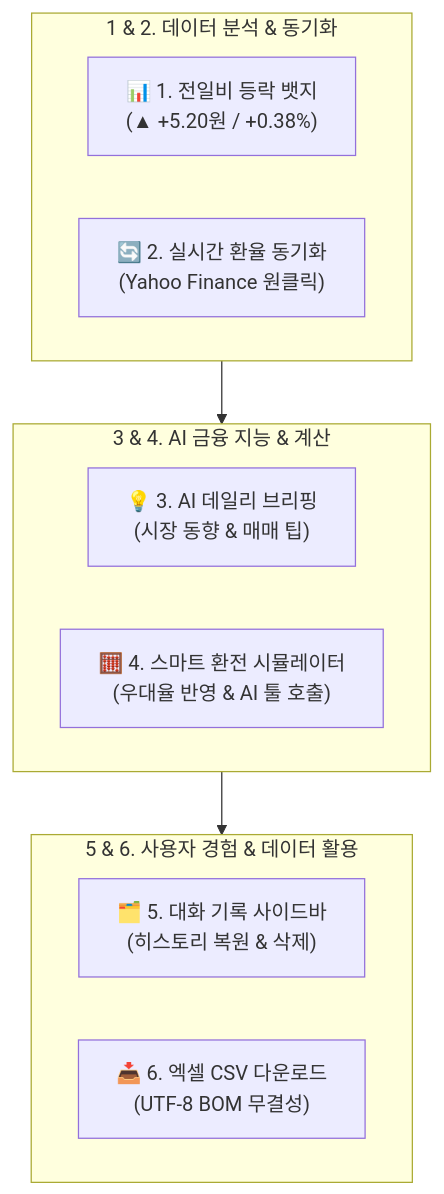
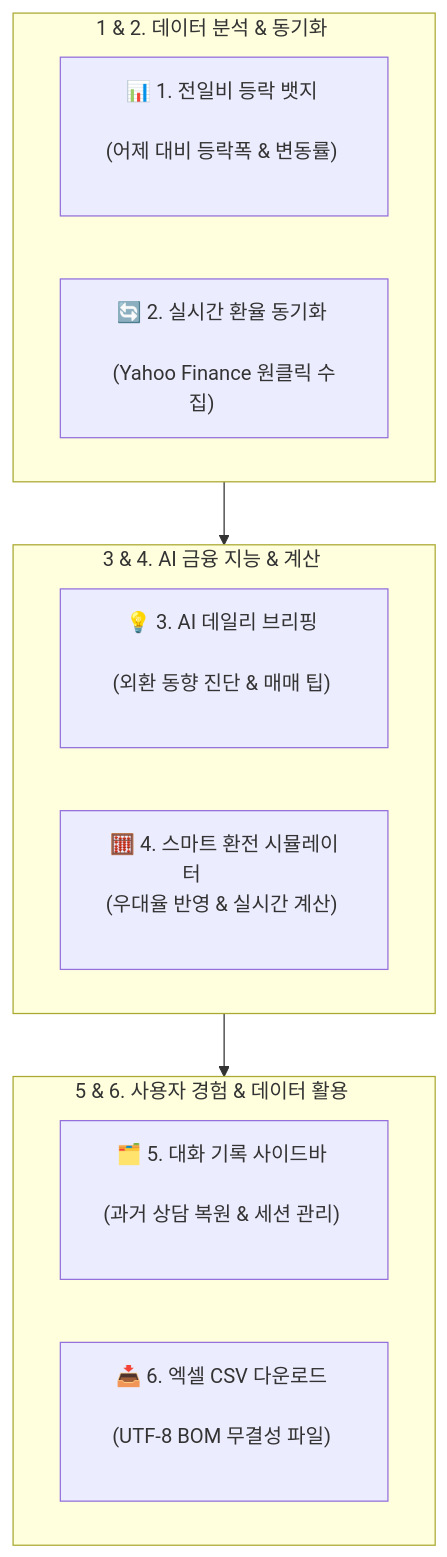
Before and after one commit to mustiolla/ai_agent_fx: the first of 5 diagrams in README.md, drawn with Mermaid. The commit also changed other lines of this file and 2 other files, not shown here.

Commit message:
fix: resolve Mermaid diagram Korean text clipping, enhance AI Agent visibility with floating button & quick jump, add Vercel deployment URL

````diff
--- a/README.md
+++ b/README.md
@@ -70,19 +71,19 @@
 ```mermaid
 flowchart TD
-    subgraph G1 ["1 & 2. 데이터 분석 & 동기화"]
-        F1["📊 1. 전일비 등락 뱃지<br>(▲ +5.20원 / +0.38%)"]
-        F2["🔄 2. 실시간 환율 동기화<br>(Yahoo Finance 원클릭)"]
+    subgraph G1 ["1 & 2. 데이터 분석 & 동기화 &nbsp;&nbsp;&nbsp;&nbsp;"]
+        F1["📊 1. 전일비 등락 뱃지 &nbsp;&nbsp;&nbsp;&nbsp;&nbsp;&nbsp;&nbsp;&nbsp;&nbsp;&nbsp;&nbsp;&nbsp;<br>(어제 대비 등락폭 & 변동률) &nbsp;&nbsp;&nbsp;&nbsp;&nbsp;&nbsp;&nbsp;&nbsp;"]
+        F2["🔄 2. 실시간 환율 동기화 &nbsp;&nbsp;&nbsp;&nbsp;&nbsp;&nbsp;&nbsp;&nbsp;&nbsp;&nbsp;&nbsp;&nbsp;<br>(Yahoo Finance 원클릭 수집) &nbsp;&nbsp;&nbsp;&nbsp;&nbsp;&nbsp;&nbsp;&nbsp;"]
     end
 
-    subgraph G2 ["3 & 4. AI 금융 지능 & 계산"]
-        F3["💡 3. AI 데일리 브리핑<br>(시장 동향 & 매매 팁)"]
-        F4["🧮 4. 스마트 환전 시뮬레이터<br>(우대율 반영 & AI 툴 호출)"]
+    subgraph G2 ["3 & 4. AI 금융 지능 & 계산 &nbsp;&nbsp;&nbsp;&nbsp;"]
+        F3["💡 3. AI 데일리 브리핑 &nbsp;&nbsp;&nbsp;&nbsp;&nbsp;&nbsp;&nbsp;&nbsp;&nbsp;&nbsp;&nbsp;&nbsp;<br>(외환 동향 진단 & 매매 팁) &nbsp;&nbsp;&nbsp;&nbsp;&nbsp;&nbsp;&nbsp;&nbsp;"]
+        F4["🧮 4. 스마트 환전 시뮬레이터 &nbsp;&nbsp;&nbsp;&nbsp;&nbsp;&nbsp;&nbsp;&nbsp;&nbsp;&nbsp;&nbsp;&nbsp;<br>(우대율 반영 & 실시간 계산) &nbsp;&nbsp;&nbsp;&nbsp;&nbsp;&nbsp;&nbsp;&nbsp;"]
     end
 
-    subgraph G3 ["5 & 6. 사용자 경험 & 데이터 활용"]
-        F5["🗂️ 5. 대화 기록 사이드바<br>(히스토리 복원 & 삭제)"]
-        F6["📥 6. 엑셀 CSV 다운로드<br>(UTF-8 BOM 무결성)"]
+    subgraph G3 ["5 & 6. 사용자 경험 & 데이터 활용 &nbsp;&nbsp;&nbsp;&nbsp;"]
+        F5["🗂️ 5. 대화 기록 사이드바 &nbsp;&nbsp;&nbsp;&nbsp;&nbsp;&nbsp;&nbsp;&nbsp;&nbsp;&nbsp;&nbsp;&nbsp;<br>(과거 상담 복원 & 세션 관리) &nbsp;&nbsp;&nbsp;&nbsp;&nbsp;&nbsp;&nbsp;&nbsp;"]
+        F6["📥 6. 엑셀 CSV 다운로드 &nbsp;&nbsp;&nbsp;&nbsp;&nbsp;&nbsp;&nbsp;&nbsp;&nbsp;&nbsp;&nbsp;&nbsp;<br>(UTF-8 BOM 무결성 파일) &nbsp;&nbsp;&nbsp;&nbsp;&nbsp;&nbsp;&nbsp;&nbsp;"]
     end
 
     G1 --> G2 --> G3
 ```
````
